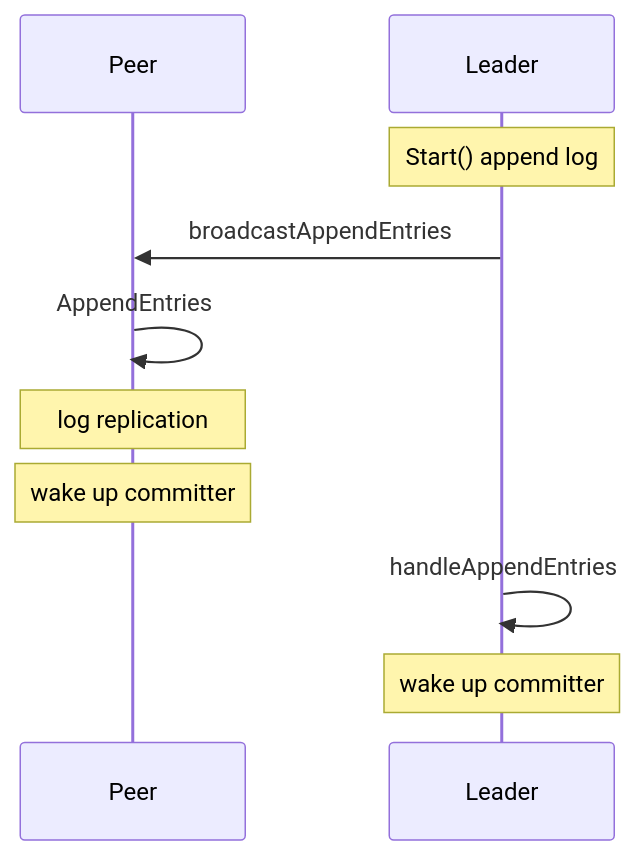
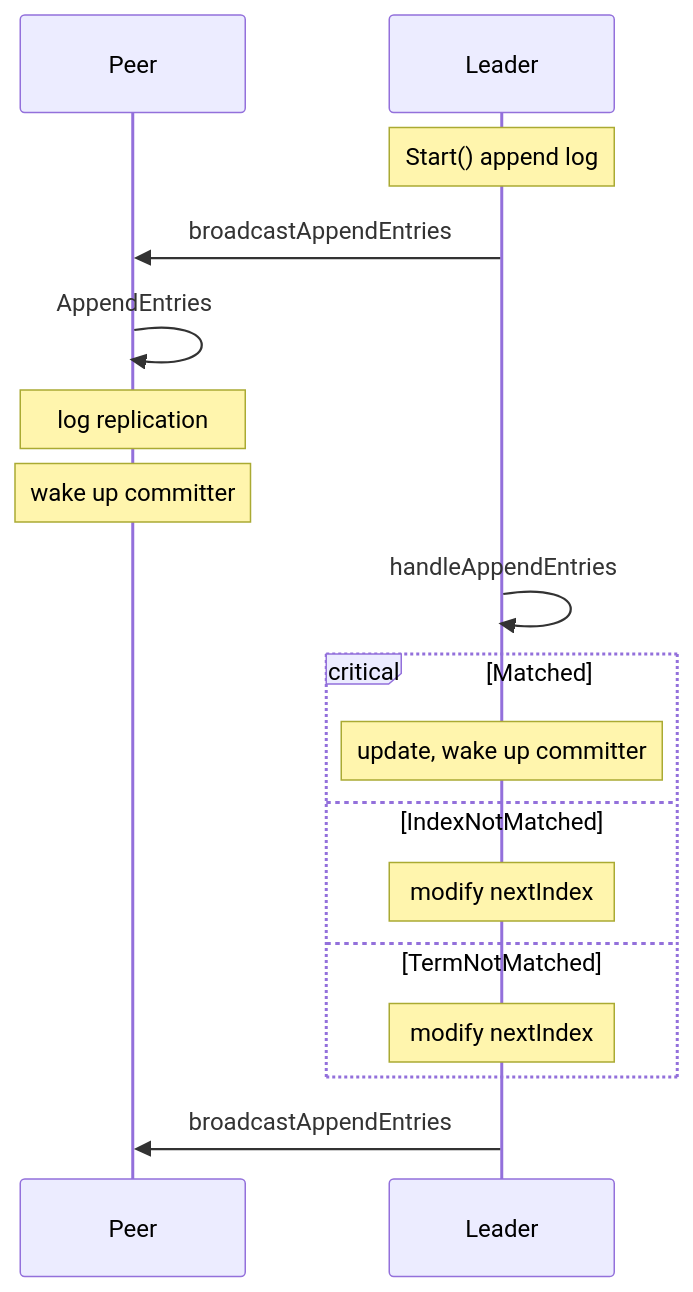
One commit to Ferriem/6.5840 changed the second of 3 diagrams in md/Lab-2.md. Above: the diagram before and after it, drawn with Mermaid. The commit also changed other lines of this file and 1 other file, not shown here.

Commit message:
log-compaction

````diff
--- a/md/Lab-2.md
+++ b/md/Lab-2.md
@@ -163,12 +166,19 @@
 ```mermaid
 sequenceDiagram
 participant Peer
 participant Leader
 Note over Leader: Start() append log
 Leader->>Peer: broadcastAppendEntries
 Peer->>Peer: AppendEntries
 Note over Peer: log replication
 Note over Peer: wake up committer
 Leader->>Leader: handleAppendEntries
-Note over Leader: wake up committer
+critical Matched
+	Note over Leader: update, wake up committer
+option IndexNotMatched
+	Note over Leader: modify nextIndex
+option TermNotMatched
+	Note over Leader: modify nextIndex
+end
+Leader->>Peer: broadcastAppendEntries
 ```
````
